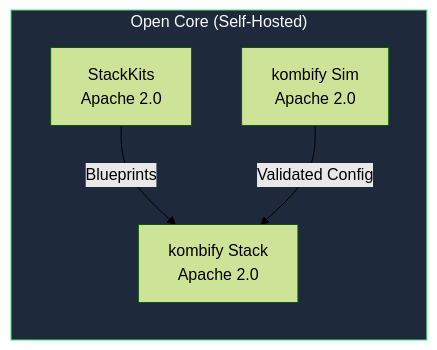
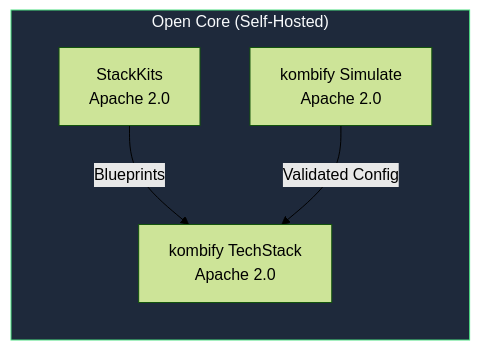
One commit to KombiverseLabs/docs changed the third of 8 diagrams in ecosystem.mdx. Above: the diagram before and after it, drawn with Mermaid (forest theme). The commit also changed other lines of this file and 57 other files, not shown here.

````diff
--- a/ecosystem.mdx
+++ b/ecosystem.mdx
@@ -121,13 +129,13 @@
 ```mermaid
 graph LR
     subgraph OpenCore["Open Core (Self-Hosted)"]
         SK["StackKits<br/>Apache 2.0"]
-        Sim["kombify Sim<br/>Apache 2.0"]
-        Stack["kombify Stack<br/>Apache 2.0"]
+        Sim["kombify Simulate<br/>Apache 2.0"]
+        Stack["kombify TechStack<br/>Apache 2.0"]
     end
     
     SK -->|Blueprints| Stack
     Sim -->|Validated Config| Stack
     
     style OpenCore fill:#1e293b,stroke:#4ade80,color:#f8fafc
 ```
````
